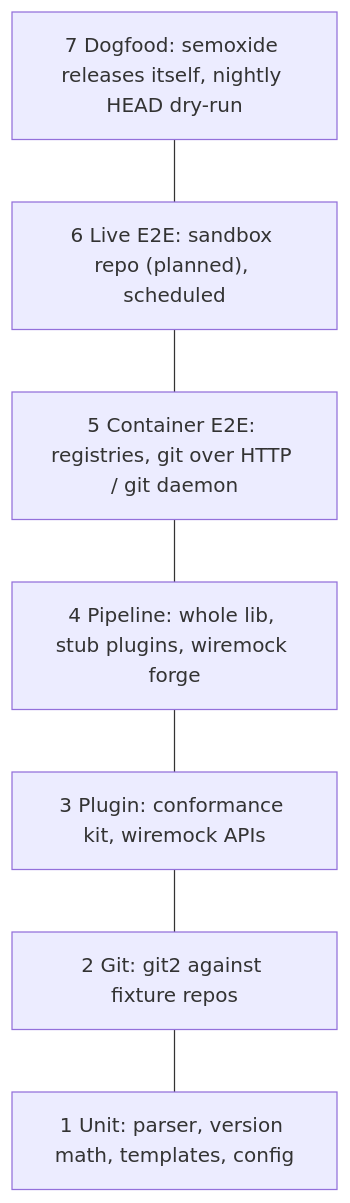
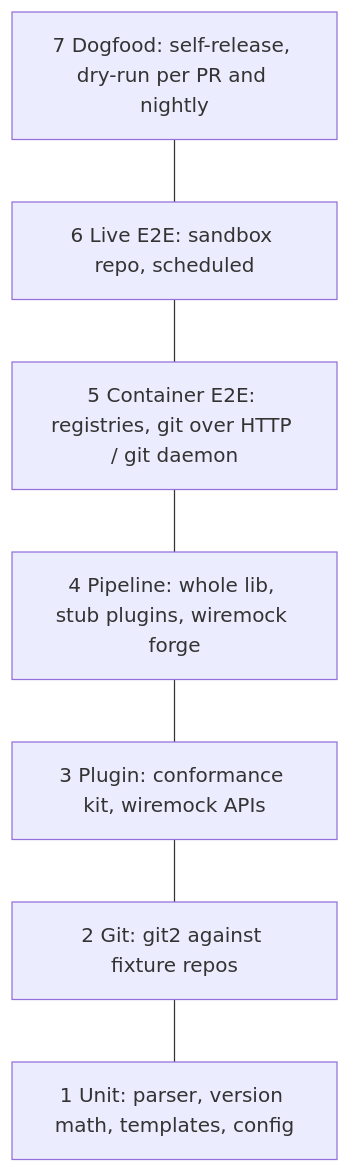
One commit to semoxide/semoxide changed the diagram in docs/TESTING.md. Above: the diagram before and after it, drawn with Mermaid. The commit also changed other lines of this file and 154 other files, not shown here.

````diff
--- a/docs/TESTING.md
+++ b/docs/TESTING.md
@@ -17,11 +37,11 @@
 ```mermaid
 flowchart TB
-    L7["7 Dogfood: semoxide releases itself, nightly HEAD dry-run"]
-    L6["6 Live E2E: sandbox repo (planned), scheduled"]
+    L7["7 Dogfood: self-release, dry-run per PR and nightly"]
+    L6["6 Live E2E: sandbox repo, scheduled"]
     L5["5 Container E2E: registries, git over HTTP / git daemon"]
     L4["4 Pipeline: whole lib, stub plugins, wiremock forge"]
     L3["3 Plugin: conformance kit, wiremock APIs"]
     L2["2 Git: git2 against fixture repos"]
     L1["1 Unit: parser, version math, templates, config"]
     L7 --- L6 --- L5 --- L4 --- L3 --- L2 --- L1
 ```
````
